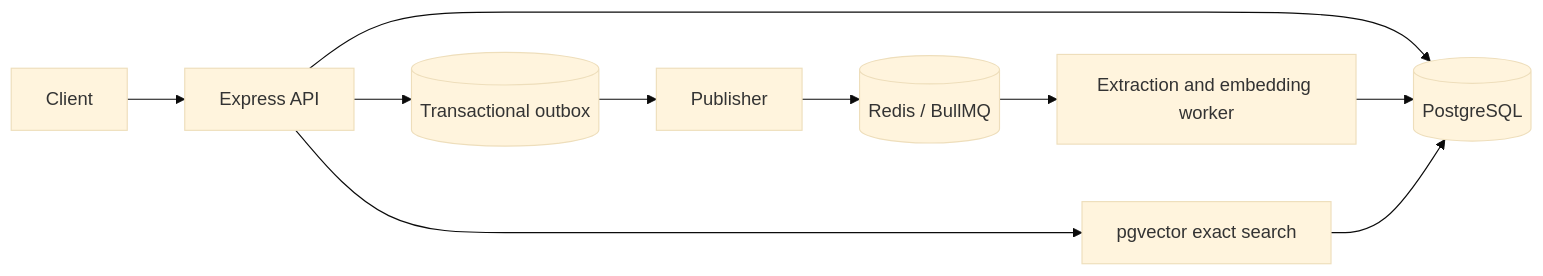
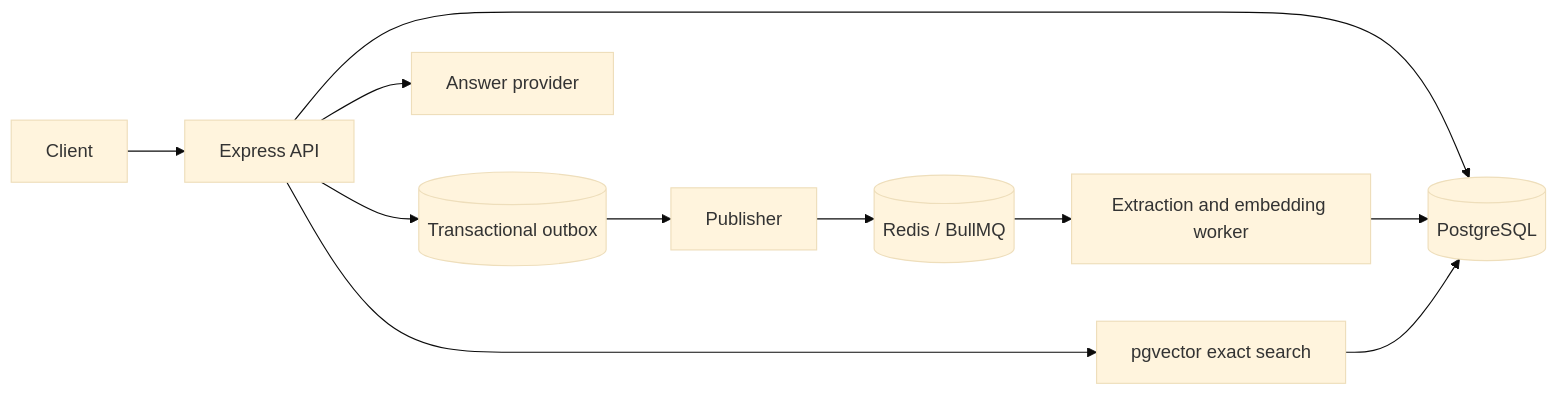
The diagram in README.md (sachanritik1/sourcebook), drawn with Mermaid (base theme) before and after one commit. The commit also changed other lines of this file and 11 other files, not shown here.

````diff
--- a/README.md
+++ b/README.md
@@ -55,12 +62,13 @@
 ```mermaid
 flowchart LR
   Client --> API[Express API]
   API --> PG[(PostgreSQL)]
   API --> Outbox[(Transactional outbox)]
   Outbox --> Publisher
   Publisher --> Redis[(Redis / BullMQ)]
   Redis --> Worker[Extraction and embedding worker]
   Worker --> PG
   API --> Vector[pgvector exact search]
   Vector --> PG
+  API --> LLM[Answer provider]
 ```
````
